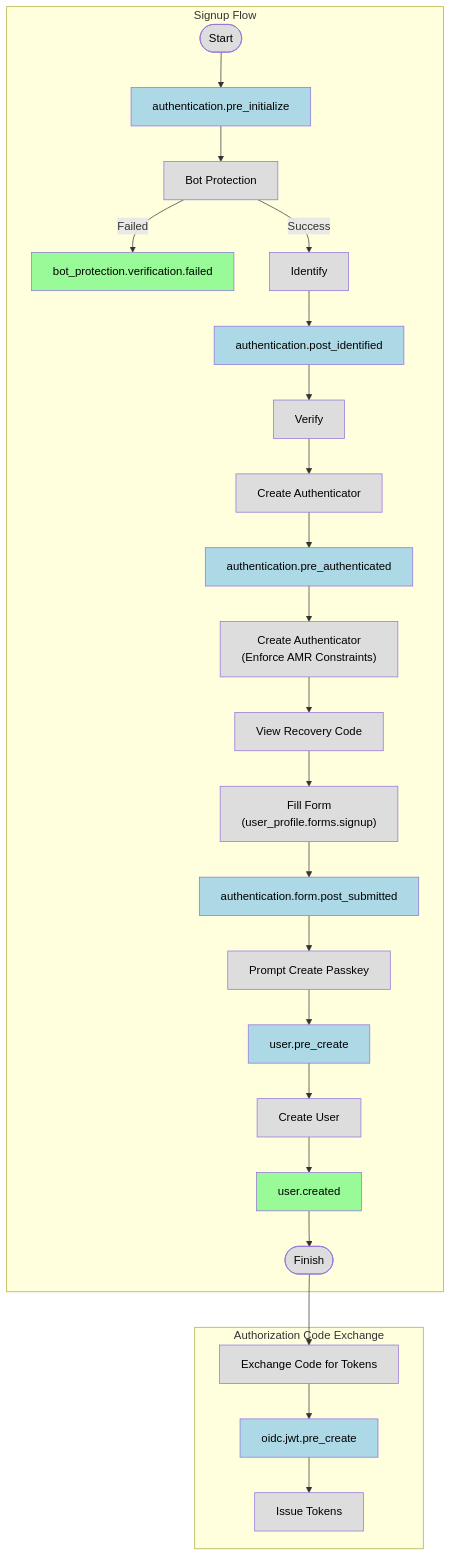
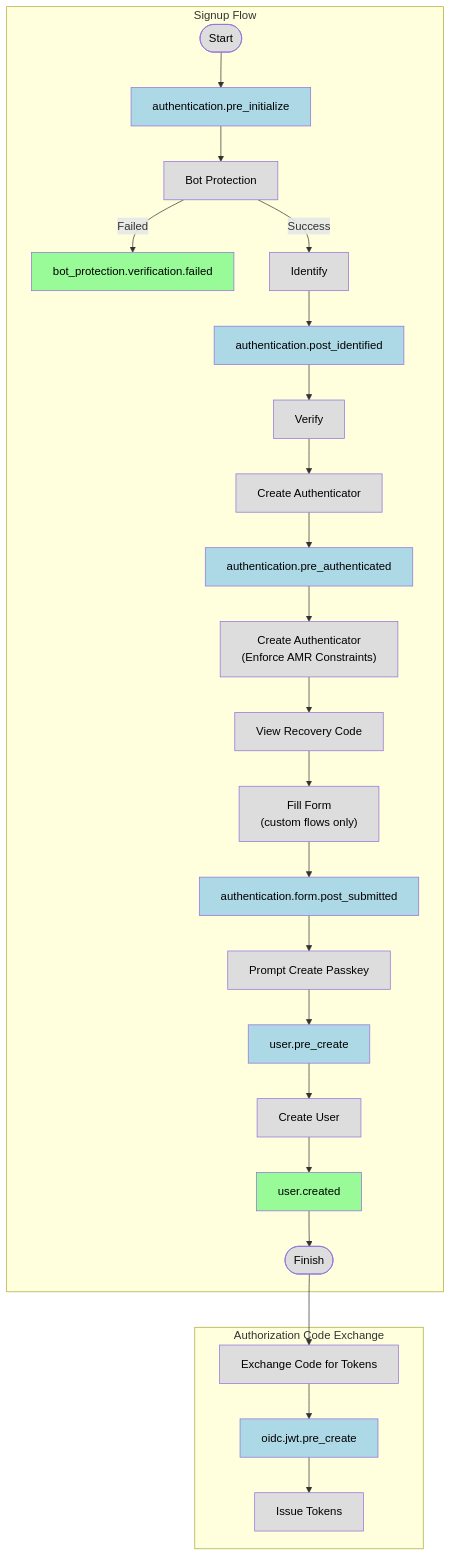
Before and after one commit to authgear/authgear-server: the second of 3 diagrams in docs/specs/event.md, drawn with Mermaid. The commit also changed other lines of this file and 4 other files, not shown here.

First line of the commit message:
doc: Restrict profile filling forms to custom flows

````diff
--- a/docs/specs/event.md
+++ b/docs/specs/event.md
@@ -1534,38 +1539,38 @@
 ```mermaid
 flowchart TD
     subgraph "Signup Flow"
         Start([Start])
         Start --> AuthenticationPreInitialize[authentication.pre_initialize]
         AuthenticationPreInitialize --> BotProtection[Bot Protection]
         BotProtection -- "Failed" --> BotProtectionVerificationFailed[bot_protection.verification.failed]
         BotProtection -- "Success" --> Identify[Identify]
         Identify --> AuthenticationPostIdentified[authentication.post_identified]
         AuthenticationPostIdentified --> Verify[Verify]
         Verify --> CreateAuthenticator[Create Authenticator]
         CreateAuthenticator --> AuthenticationPreAuthenticated[authentication.pre_authenticated]
         AuthenticationPreAuthenticated --> CreateAuthenticatorAdaptive["Create Authenticator<br>(Enforce AMR Constraints)"]
         CreateAuthenticatorAdaptive --> ViewRecoveryCode[View Recovery Code]
-        ViewRecoveryCode --> FillForm["Fill Form<br>(user_profile.forms.signup)"]
+        ViewRecoveryCode --> FillForm["Fill Form<br>(custom flows only)"]
         FillForm --> AuthenticationFormPostSubmitted[authentication.form.post_submitted]
         AuthenticationFormPostSubmitted --> PromptCreatePasskey[Prompt Create Passkey]
         PromptCreatePasskey --> UserPreCreate[user.pre_create]
         UserPreCreate --> CreateUser[Create User]
         CreateUser --> UserCreated[user.created]
         UserCreated --> FinishSignup([Finish])
     end
 
     subgraph "Authorization Code Exchange"
         ExchangeCode[Exchange Code for Tokens]
         ExchangeCode --> OIDCJWTPreCreate[oidc.jwt.pre_create]
         OIDCJWTPreCreate --> IssueTokens[Issue Tokens]
     end
 
     FinishSignup --> ExchangeCode
 
     classDef event fill:#98FB98,color:#000000
     classDef blockingEvent fill:#ADD8E6,color:#000000
     classDef processNode fill:#dddddd,color:#000000
     class BotProtectionVerificationFailed,UserCreated event
     class AuthenticationPreInitialize,AuthenticationPostIdentified,AuthenticationPreAuthenticated,AuthenticationFormPostSubmitted,UserPreCreate,OIDCJWTPreCreate blockingEvent
     class Start,BotProtection,Identify,Verify,CreateAuthenticator,ViewRecoveryCode,FillForm,PromptCreatePasskey,CreateAuthenticatorAdaptive,CreateUser,FinishSignup,ExchangeCode,IssueTokens processNode
 ```
````
